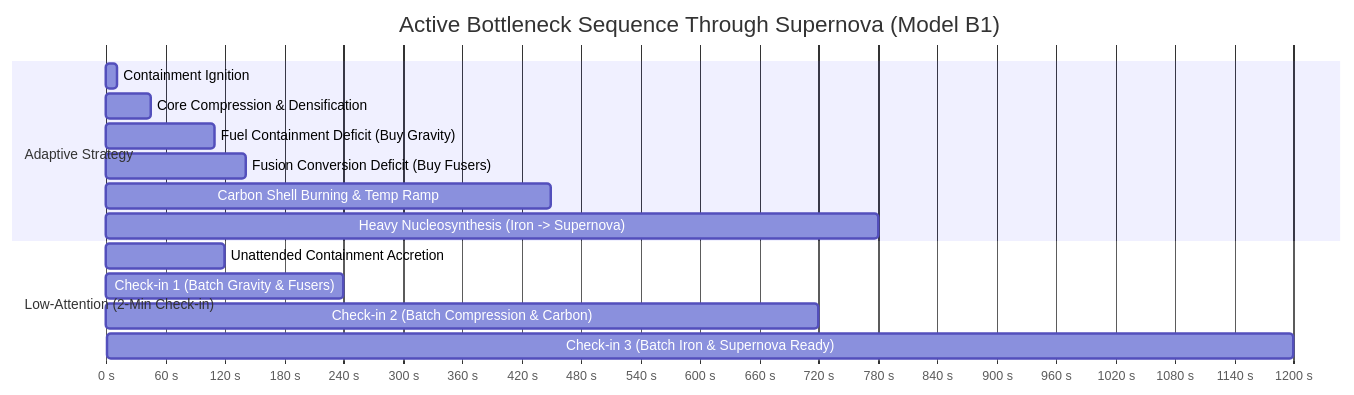
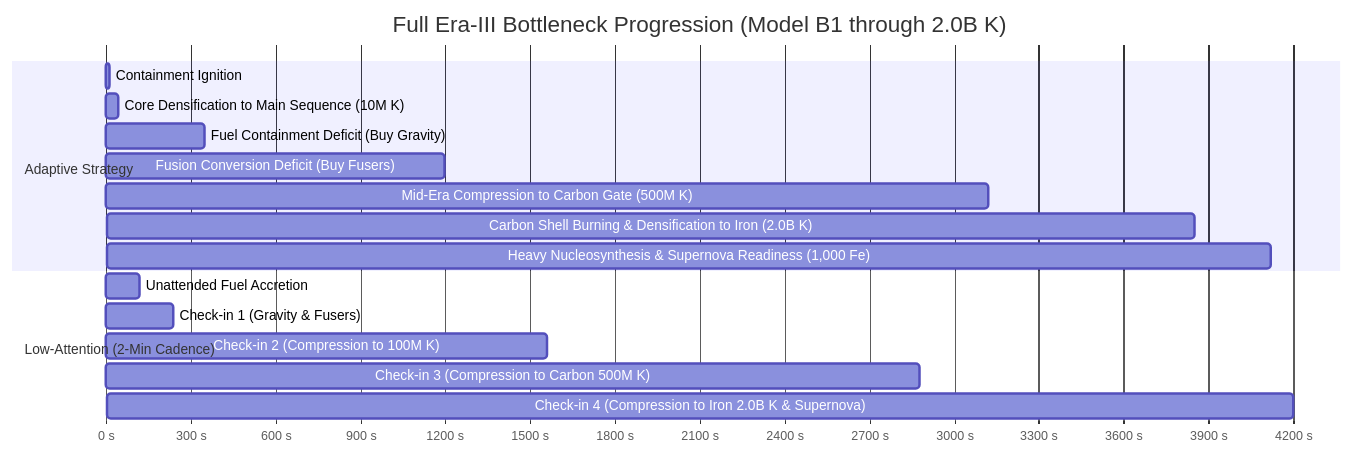
One commit to Entropy030/star-forge-idle changed the second of 2 diagrams in docs/12_PRE_P5_3_ERA3_MACHINE_PROTOTYPE.md. Above: the diagram before and after it, drawn with Mermaid. The commit also changed other lines of this file, not shown here.

Commit message:
docs(p5): reconcile era three full-run evidence

````diff
--- a/docs/12_PRE_P5_3_ERA3_MACHINE_PROTOTYPE.md
+++ b/docs/12_PRE_P5_3_ERA3_MACHINE_PROTOTYPE.md
@@ -217,20 +171,22 @@
 ```mermaid
 gantt
-  title Active Bottleneck Sequence Through Supernova (Model B1)
+  title Full Era-III Bottleneck Progression (Model B1 through 2.0B K)
   dateFormat X
   axisFormat %s s
 
   section Adaptive Strategy
-  Containment Ignition :0, 11
-  Core Compression & Densification :11, 45
-  Fuel Containment Deficit (Buy Gravity) :45, 110
-  Fusion Conversion Deficit (Buy Fusers) :110, 142
-  Carbon Shell Burning & Temp Ramp :142, 450
-  Heavy Nucleosynthesis (Iron -> Supernova) :450, 780
+  Containment Ignition :0, 14
+  Core Densification to Main Sequence (10M K) :14, 45
+  Fuel Containment Deficit (Buy Gravity) :45, 350
+  Fusion Conversion Deficit (Buy Fusers) :350, 1200
+  Mid-Era Compression to Carbon Gate (500M K) :1200, 3120
+  Carbon Shell Burning & Densification to Iron (2.0B K) :3120, 3850
+  Heavy Nucleosynthesis & Supernova Readiness (1,000 Fe) :3850, 4120
 
-  section Low-Attention (2-Min Check-in)
-  Unattended Containment Accretion :0, 120
-  Check-in 1 (Batch Gravity & Fusers) :120, 240
-  Check-in 2 (Batch Compression & Carbon) :240, 720
-  Check-in 3 (Batch Iron & Supernova Ready) :720, 1200
+  section Low-Attention (2-Min Cadence)
+  Unattended Fuel Accretion :0, 120
+  Check-in 1 (Gravity & Fusers) :120, 240
+  Check-in 2 (Compression to 100M K) :240, 1560
+  Check-in 3 (Compression to Carbon 500M K) :1560, 2880
+  Check-in 4 (Compression to Iron 2.0B K & Supernova) :2880, 4200
 ```
````
